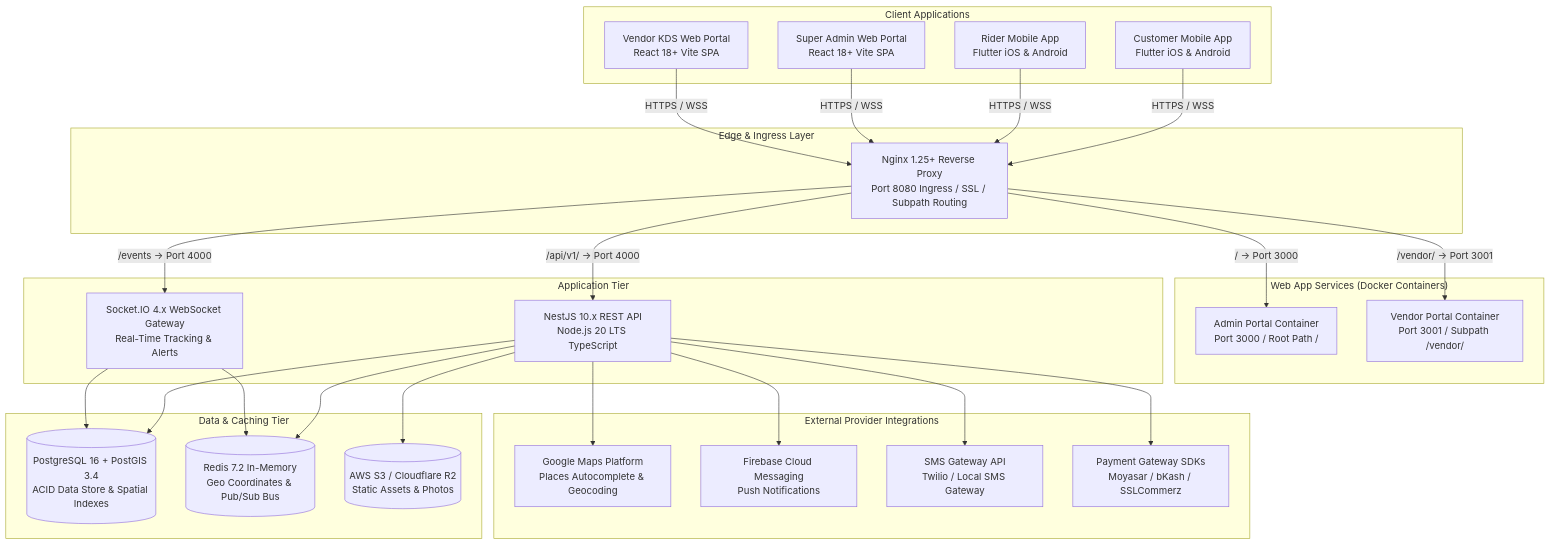
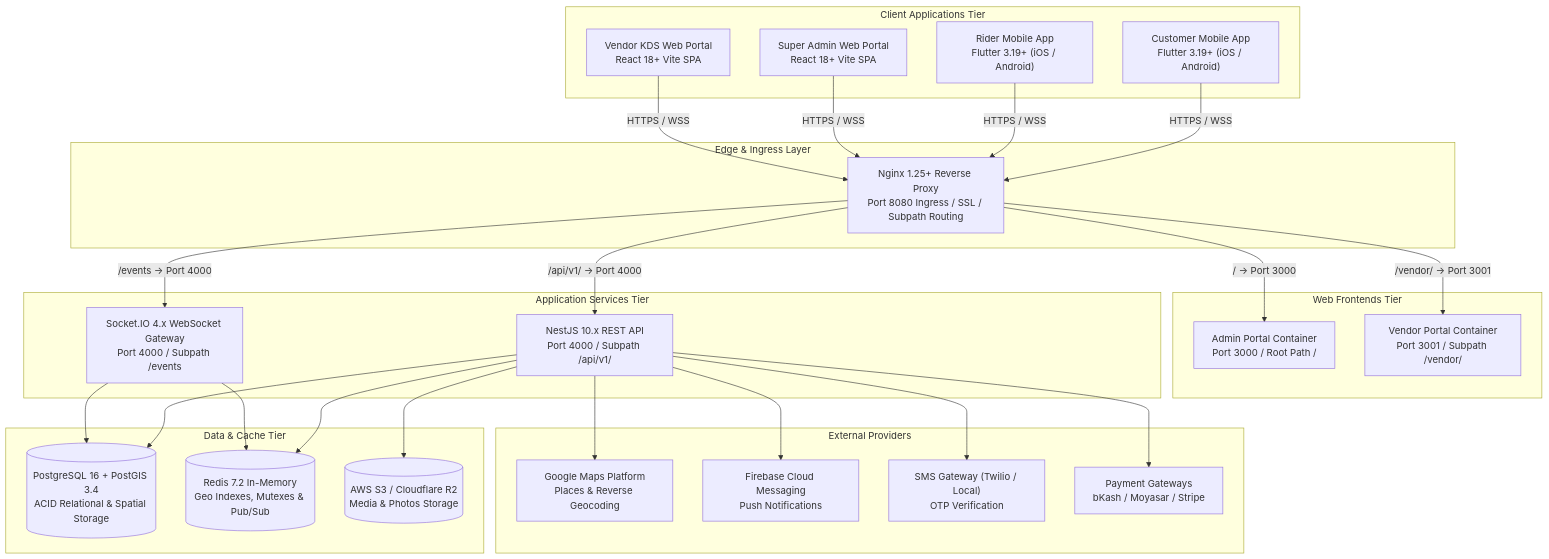
One commit to ihjohny/DeliveryOS changed the diagram in context_docs/technical-implementation-documents/01-system-architecture-and-tech-stack.md. Above: the diagram before and after it, drawn with Mermaid. The commit also changed other lines of this file and 23 other files, not shown here.

````diff
--- a/context_docs/technical-implementation-documents/01-system-architecture-and-tech-stack.md
+++ b/context_docs/technical-implementation-documents/01-system-architecture-and-tech-stack.md
@@ -9,57 +9,57 @@
 ```mermaid
 graph TD
-    subgraph Clients["Client Applications"]
-        CA["Customer Mobile App<br/>Flutter iOS & Android"]
-        RA["Rider Mobile App<br/>Flutter iOS & Android"]
+    subgraph Clients["Client Applications Tier"]
+        CA["Customer Mobile App<br/>Flutter 3.19+ (iOS / Android)"]
+        RA["Rider Mobile App<br/>Flutter 3.19+ (iOS / Android)"]
         AP["Super Admin Web Portal<br/>React 18+ Vite SPA"]
         VP["Vendor KDS Web Portal<br/>React 18+ Vite SPA"]
     end
 
     subgraph EdgeLayer["Edge & Ingress Layer"]
         NGINX["Nginx 1.25+ Reverse Proxy<br/>Port 8080 Ingress / SSL / Subpath Routing"]
     end
 
-    subgraph WebServices["Web App Services (Docker Containers)"]
+    subgraph WebServices["Web Frontends Tier"]
         AP_SVC["Admin Portal Container<br/>Port 3000 / Root Path /"]
         VP_SVC["Vendor Portal Container<br/>Port 3001 / Subpath /vendor/"]
     end
 
-    subgraph AppTier["Application Tier"]
-        API["NestJS 10.x REST API<br/>Node.js 20 LTS TypeScript"]
-        WSS["Socket.IO 4.x WebSocket Gateway<br/>Real-Time Tracking & Alerts"]
+    subgraph AppTier["Application Services Tier"]
+        API["NestJS 10.x REST API<br/>Port 4000 / Subpath /api/v1/"]
+        WSS["Socket.IO 4.x WebSocket Gateway<br/>Port 4000 / Subpath /events"]
     end
 
-    subgraph DataTier["Data & Caching Tier"]
-        DB[("PostgreSQL 16 + PostGIS 3.4<br/>ACID Data Store & Spatial Indexes")]
-        CACHE[("Redis 7.2 In-Memory<br/>Geo Coordinates & Pub/Sub Bus")]
-        STORAGE[("AWS S3 / Cloudflare R2<br/>Static Assets & Photos")]
+    subgraph DataTier["Data & Cache Tier"]
+        DB[("PostgreSQL 16 + PostGIS 3.4<br/>ACID Relational & Spatial Storage")]
+        CACHE[("Redis 7.2 In-Memory<br/>Geo Indexes, Mutexes & Pub/Sub")]
+        STORAGE[("AWS S3 / Cloudflare R2<br/>Media & Photos Storage")]
     end
 
-    subgraph Integrations["External Provider Integrations"]
-        GMAPS["Google Maps Platform<br/>Places Autocomplete & Geocoding"]
+    subgraph ExternalServices["External Providers"]
+        GMAPS["Google Maps Platform<br/>Places & Reverse Geocoding"]
         FCM["Firebase Cloud Messaging<br/>Push Notifications"]
-        SMS["SMS Gateway API<br/>Twilio / Local SMS Gateway"]
-        PAY["Payment Gateway SDKs<br/>Moyasar / bKash / SSLCommerz"]
+        SMS["SMS Gateway (Twilio / Local)<br/>OTP Verification"]
+        PAY["Payment Gateways<br/>bKash / Moyasar / Stripe"]
     end
 
     CA -->|HTTPS / WSS| NGINX
     RA -->|HTTPS / WSS| NGINX
     AP -->|HTTPS / WSS| NGINX
     VP -->|HTTPS / WSS| NGINX
 
     NGINX -->|/ -> Port 3000| AP_SVC
     NGINX -->|/vendor/ -> Port 3001| VP_SVC
     NGINX -->|/api/v1/ -> Port 4000| API
     NGINX -->|/events -> Port 4000| WSS
 
     API --> DB
     API --> CACHE
     API --> STORAGE
     WSS --> CACHE
     WSS --> DB
 
     API --> GMAPS
     API --> FCM
     API --> SMS
     API --> PAY
 ```
````
